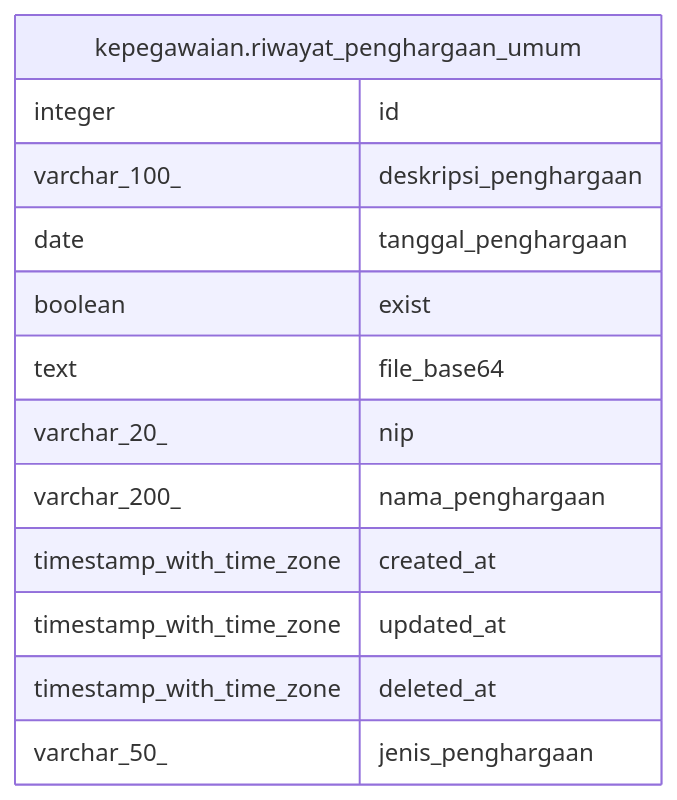
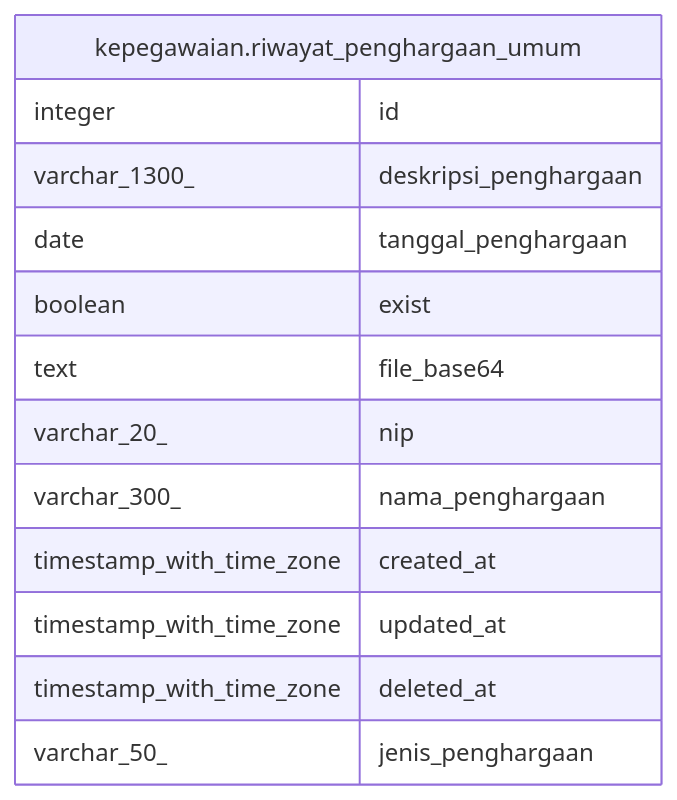
Before and after one commit to nandanugg/triforce.nvim: the diagram in services/kepegawaian/docs/db/kepegawaian.riwayat_penghargaan_umum.md, drawn with Mermaid. The commit also changed other lines of this file and 31 other files, not shown here.

````diff
--- a/services/kepegawaian/docs/db/kepegawaian.riwayat_penghargaan_umum.md
+++ b/services/kepegawaian/docs/db/kepegawaian.riwayat_penghargaan_umum.md
@@ -37,18 +37,18 @@
 ```mermaid
 erDiagram
 
 
 "kepegawaian.riwayat_penghargaan_umum" {
   integer id
-  varchar_100_ deskripsi_penghargaan
+  varchar_1300_ deskripsi_penghargaan
   date tanggal_penghargaan
   boolean exist
   text file_base64
   varchar_20_ nip
-  varchar_200_ nama_penghargaan
+  varchar_300_ nama_penghargaan
   timestamp_with_time_zone created_at
   timestamp_with_time_zone updated_at
   timestamp_with_time_zone deleted_at
   varchar_50_ jenis_penghargaan
 }
 ```
````
